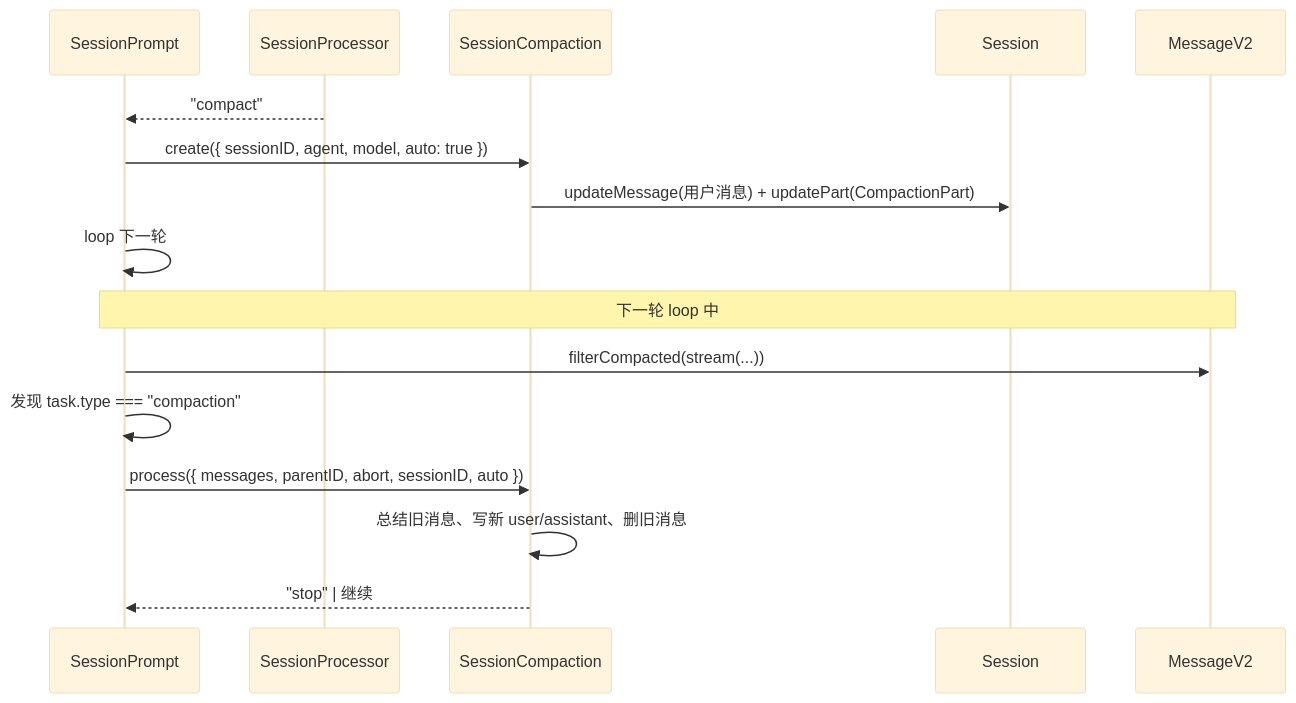
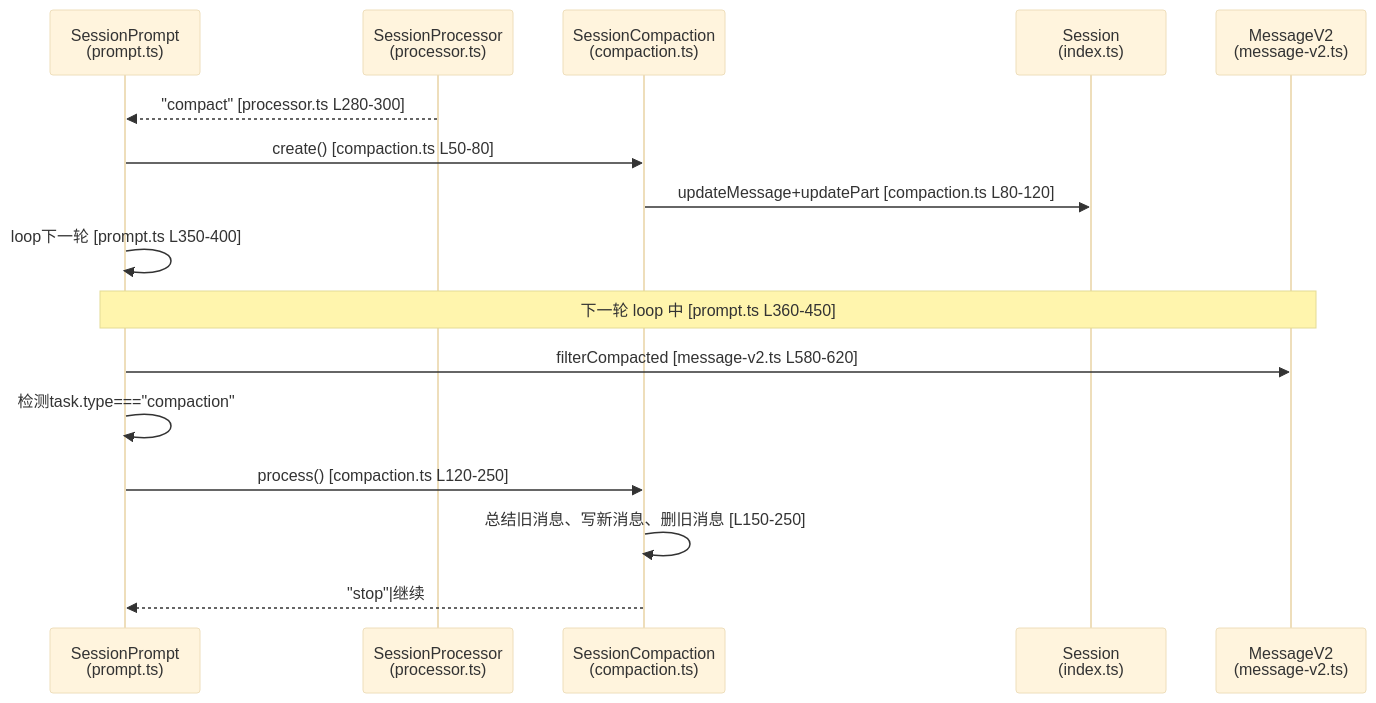
The fourth of 6 diagrams in packages/opencode/src/session/SESSION_MODULE_ANALYSIS.md (dolibali/opencode), drawn with Mermaid (base theme) before and after one commit. The commit also changed other lines of this file and 2 other files, not shown here.

Commit message:
Add session module md

````diff
--- a/packages/opencode/src/session/SESSION_MODULE_ANALYSIS.md
+++ b/packages/opencode/src/session/SESSION_MODULE_ANALYSIS.md
@@ -349,20 +349,20 @@
 ```mermaid
 sequenceDiagram
-  participant SessionPrompt
-  participant SessionProcessor
-  participant SessionCompaction
-  participant Session
-  participant MessageV2
+  participant SessionPrompt as SessionPrompt<br/>(prompt.ts)
+  participant SessionProcessor as SessionProcessor<br/>(processor.ts)
+  participant SessionCompaction as SessionCompaction<br/>(compaction.ts)
+  participant Session as Session<br/>(index.ts)
+  participant MessageV2 as MessageV2<br/>(message-v2.ts)
 
-  SessionProcessor-->>SessionPrompt: "compact"
-  SessionPrompt->>SessionCompaction: create({ sessionID, agent, model, auto: true })
-  SessionCompaction->>Session: updateMessage(用户消息) + updatePart(CompactionPart)
-  SessionPrompt->>SessionPrompt: loop 下一轮
+  SessionProcessor-->>SessionPrompt: "compact" [processor.ts L280-300]
+  SessionPrompt->>SessionCompaction: create() [compaction.ts L50-80]
+  SessionCompaction->>Session: updateMessage+updatePart [compaction.ts L80-120]
+  SessionPrompt->>SessionPrompt: loop下一轮 [prompt.ts L350-400]
 
-  Note over SessionPrompt,MessageV2: 下一轮 loop 中
-  SessionPrompt->>MessageV2: filterCompacted(stream(...))
-  SessionPrompt->>SessionPrompt: 发现 task.type === "compaction"
-  SessionPrompt->>SessionCompaction: process({ messages, parentID, abort, sessionID, auto })
-  SessionCompaction->>SessionCompaction: 总结旧消息、写新 user/assistant、删旧消息
-  SessionCompaction-->>SessionPrompt: "stop" | 继续
+  Note over SessionPrompt,MessageV2: 下一轮 loop 中 [prompt.ts L360-450]
+  SessionPrompt->>MessageV2: filterCompacted [message-v2.ts L580-620]
+  SessionPrompt->>SessionPrompt: 检测task.type==="compaction"
+  SessionPrompt->>SessionCompaction: process() [compaction.ts L120-250]
+  SessionCompaction->>SessionCompaction: 总结旧消息、写新消息、删旧消息 [L150-250]
+  SessionCompaction-->>SessionPrompt: "stop"|继续
 ```
````
